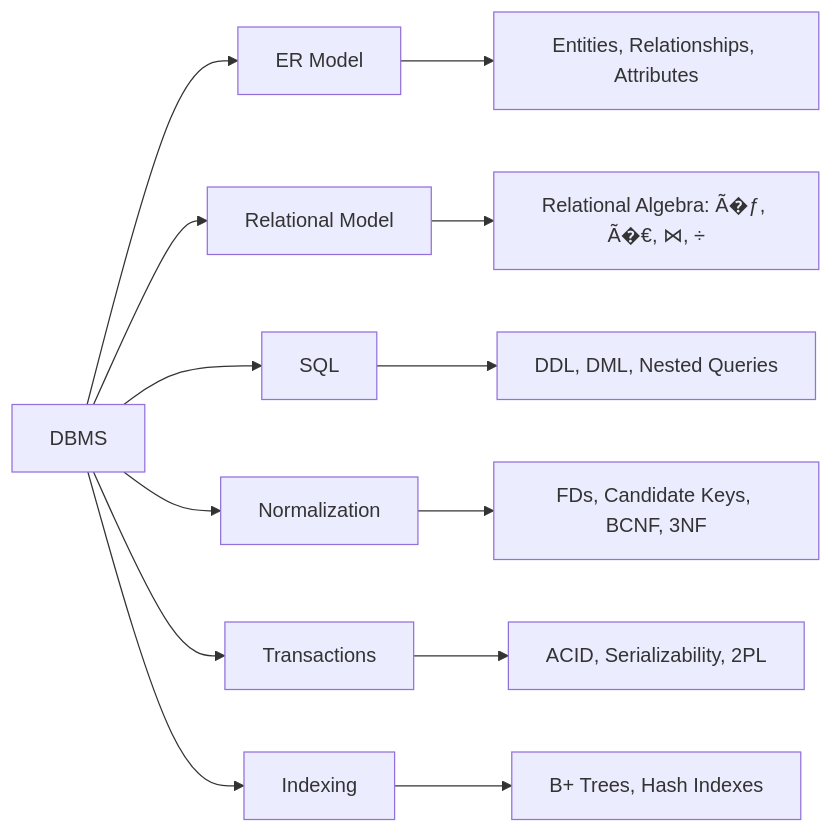
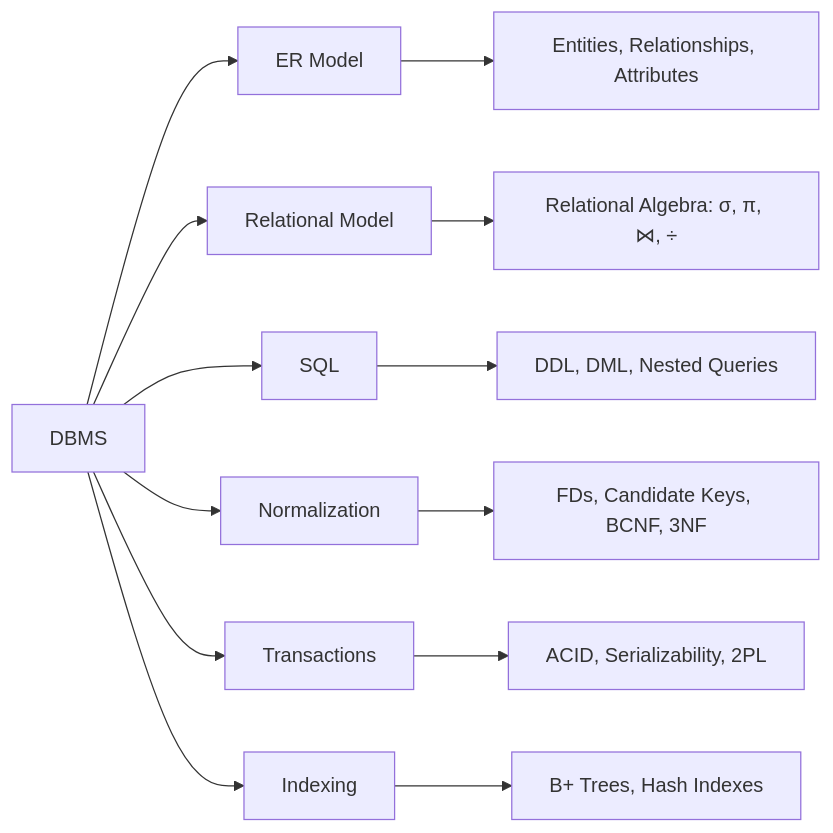
Before and after one commit to Raushan666java/ai-engineering-journey: the second of 2 diagrams in site/docs/courses/gate-cs-preparation/08-database-management-systems.md, drawn with Mermaid. The commit also changed other lines of this file and 3482 other files, not shown here.

````diff
--- a/site/docs/courses/gate-cs-preparation/08-database-management-systems.md
+++ b/site/docs/courses/gate-cs-preparation/08-database-management-systems.md
@@ -2306,15 +2186,15 @@
 ```mermaid
 flowchart LR
     A[DBMS] --> B[ER Model]
     A --> C[Relational Model]
     A --> D[SQL]
     A --> E[Normalization]
     A --> F[Transactions]
     A --> G[Indexing]
     B --> B1[Entities, Relationships, Attributes]
-    C --> C1[Relational Algebra: Ã�ƒ, Ã�€, ⋈, ÷]
+    C --> C1[Relational Algebra: σ, π, ⋈, ÷]
     D --> D1[DDL, DML, Nested Queries]
     E --> E1[FDs, Candidate Keys, BCNF, 3NF]
     F --> F1[ACID, Serializability, 2PL]
     G --> G1[B+ Trees, Hash Indexes]
 ```
````
